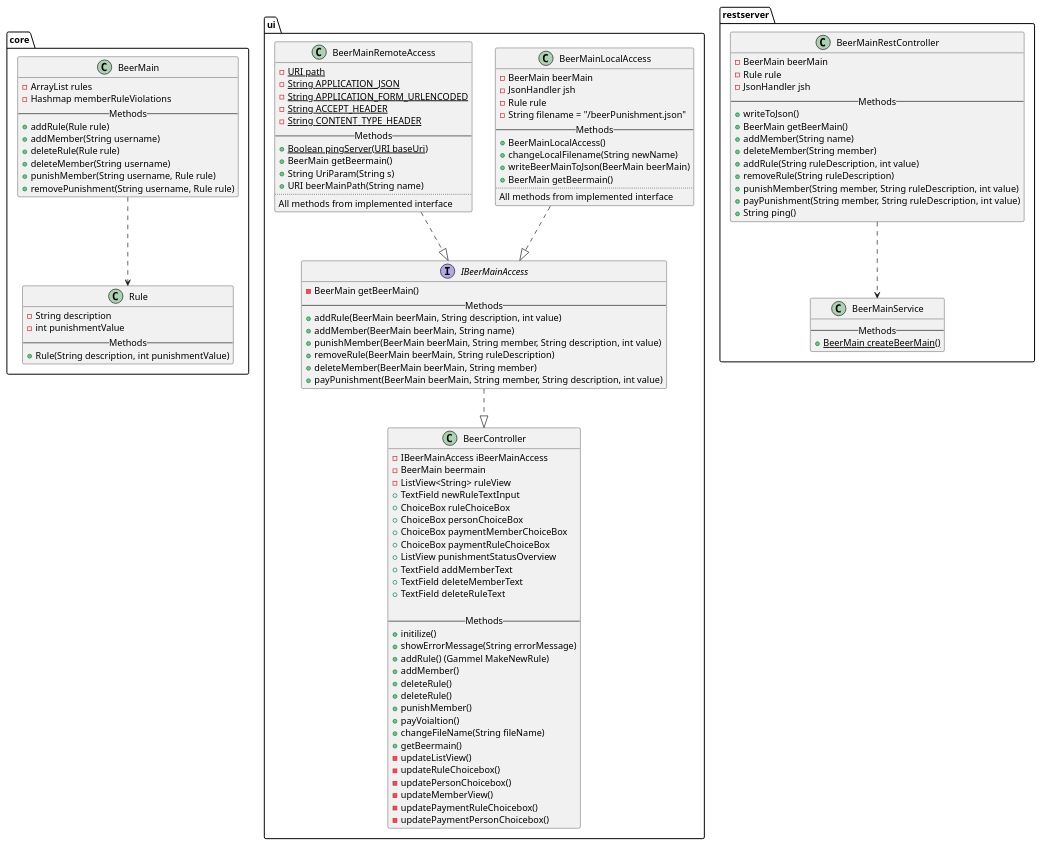
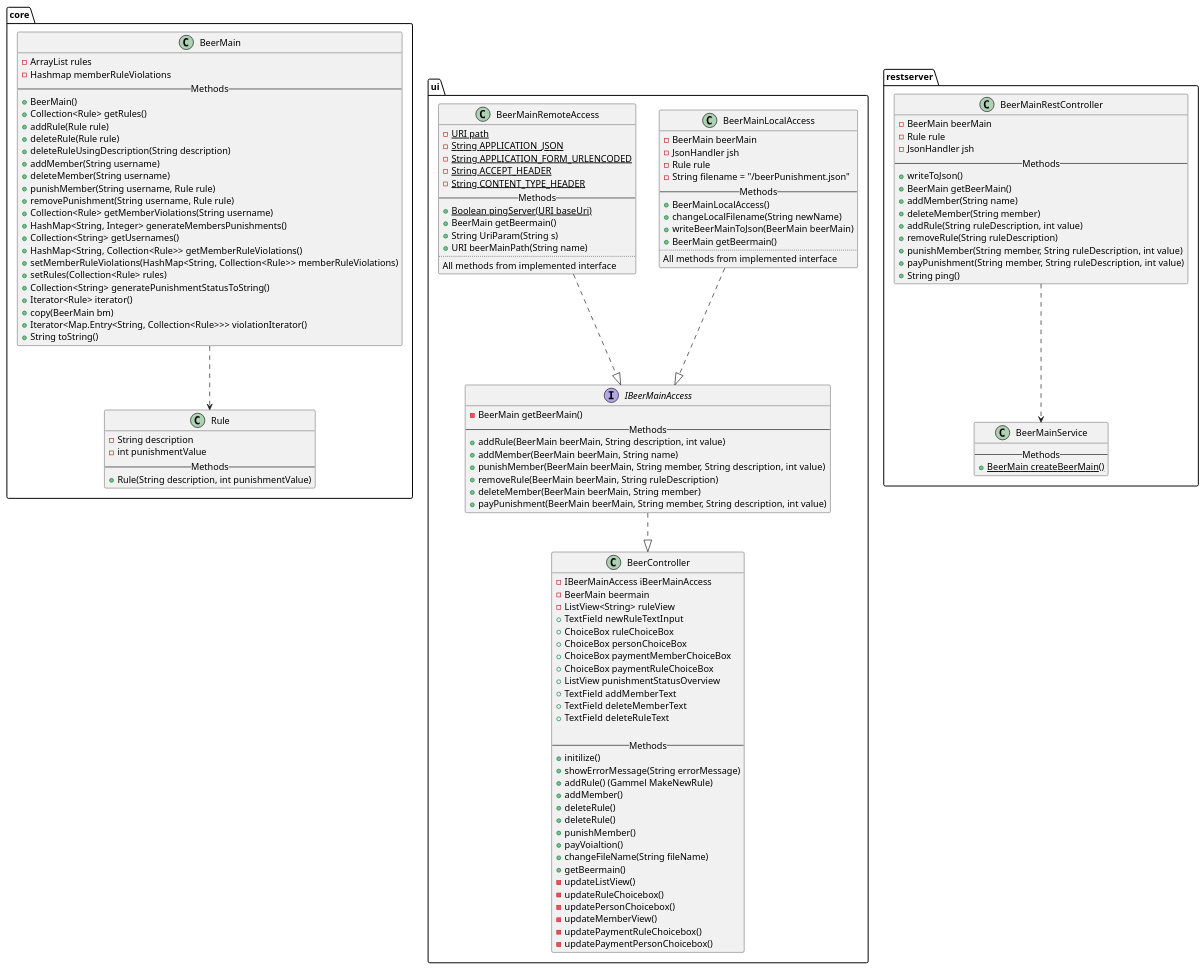
One commit to Annabdoan/it1901 changed the diagram in docs/ClassDiagram.puml. Above: the diagram before and after it, drawn with PlantUML.

Commit message:
(#47) - feat: class diagram for BeerMain

```diff
--- a/docs/ClassDiagram.puml
+++ b/docs/ClassDiagram.puml
@@ -1,122 +1,136 @@
 @startuml
 skinparam componentStyle uml2
 
  package "core" {
    class BeerMain{
      -ArrayList rules
      -Hashmap memberRuleViolations
      -- Methods --
+     +BeerMain()
+     +Collection<Rule> getRules()
      +addRule(Rule rule)
+     +deleteRule(Rule rule)
+     +deleteRuleUsingDescription(String description)
      +addMember(String username)
-     +deleteRule(Rule rule)
      +deleteMember(String username)
      +punishMember(String username, Rule rule)
      +removePunishment(String username, Rule rule)
+     +Collection<Rule> getMemberViolations(String username)
+     +HashMap<String, Integer> generateMembersPunishments()
+     +Collection<String> getUsernames()
+     +HashMap<String, Collection<Rule>> getMemberRuleViolations()
+     +setMemberRuleViolations(HashMap<String, Collection<Rule>> memberRuleViolations)
+     +setRules(Collection<Rule> rules)
+     +Collection<String> generatePunishmentStatusToString()
+     +Iterator<Rule> iterator()
+     +copy(BeerMain bm)
+     +Iterator<Map.Entry<String, Collection<Rule>>> violationIterator()
+     +String toString()
    }
    class Rule{
    -String description
    -int punishmentValue
    -- Methods --
    +Rule(String description, int punishmentValue)
    }
    BeerMain ..> Rule
 }
 
 package "ui"{
     class BeerController{
     -IBeerMainAccess iBeerMainAccess
     -BeerMain beermain
     - ListView<String> ruleView
     + TextField newRuleTextInput
     + ChoiceBox ruleChoiceBox
     + ChoiceBox personChoiceBox
     + ChoiceBox paymentMemberChoiceBox
     + ChoiceBox paymentRuleChoiceBox
     + ListView punishmentStatusOverview
     + TextField addMemberText
     + TextField deleteMemberText
     + TextField deleteRuleText
 
     -- Methods --
     +initilize()
     +showErrorMessage(String errorMessage)
     +addRule() (Gammel MakeNewRule)
     +addMember()
     +deleteRule()
     +deleteRule()
     +punishMember()
     +payVoialtion()
     +changeFileName(String fileName)
     +getBeermain()
     -updateListView()
     -updateRuleChoicebox()
     -updatePersonChoicebox()
     -updateMemberView()
     -updatePaymentRuleChoicebox()
     -updatePaymentPersonChoicebox()
    }
    class BeerMainLocalAccess {
    -BeerMain beerMain
    -JsonHandler jsh
    -Rule rule
    -String filename = "/beerPunishment.json"
    -- Methods --
    +BeerMainLocalAccess()
    +changeLocalFilename(String newName)
    +writeBeerMainToJson(BeerMain beerMain)
    +BeerMain getBeermain()
    ..
    All methods from implemented interface
    }
    class BeerMainRemoteAccess {
    -{static}URI path
    -{static}String APPLICATION_JSON
    -{static}String APPLICATION_FORM_URLENCODED
    -{static}String ACCEPT_HEADER
    -{static}String CONTENT_TYPE_HEADER
    -- Methods --
    +{static}Boolean pingServer(URI baseUri)
    +BeerMain getBeermain()
    +String UriParam(String s)
    +URI beerMainPath(String name)
    ..
       All methods from implemented interface
    }
    interface IBeerMainAccess {
    -BeerMain getBeerMain()
    -- Methods --
    +addRule(BeerMain beerMain, String description, int value)
    +addMember(BeerMain beerMain, String name)
    +punishMember(BeerMain beerMain, String member, String description, int value)
    +removeRule(BeerMain beerMain, String ruleDescription)
    +deleteMember(BeerMain beerMain, String member)
    +payPunishment(BeerMain beerMain, String member, String description, int value)
    }
    BeerMainLocalAccess ..|> IBeerMainAccess
    BeerMainRemoteAccess ..|> IBeerMainAccess
    IBeerMainAccess ..|> BeerController
 }
 
 package "restserver"{
     class BeerMainRestController {
     -BeerMain beerMain
     -Rule rule
     -JsonHandler jsh
     -- Methods --
     +writeToJson()
     +BeerMain getBeerMain()
     + addMember(String name)
     + deleteMember(String member)
     + addRule(String ruleDescription, int value)
     + removeRule(String ruleDescription)
     + punishMember(String member, String ruleDescription, int value)
     + payPunishment(String member, String ruleDescription, int value)
     +String ping()
    }
    class BeerMainService{
    -- Methods --
    +{static}BeerMain createBeerMain()
    }
    BeerMainRestController ..> BeerMainService
 }
 @enduml
```
